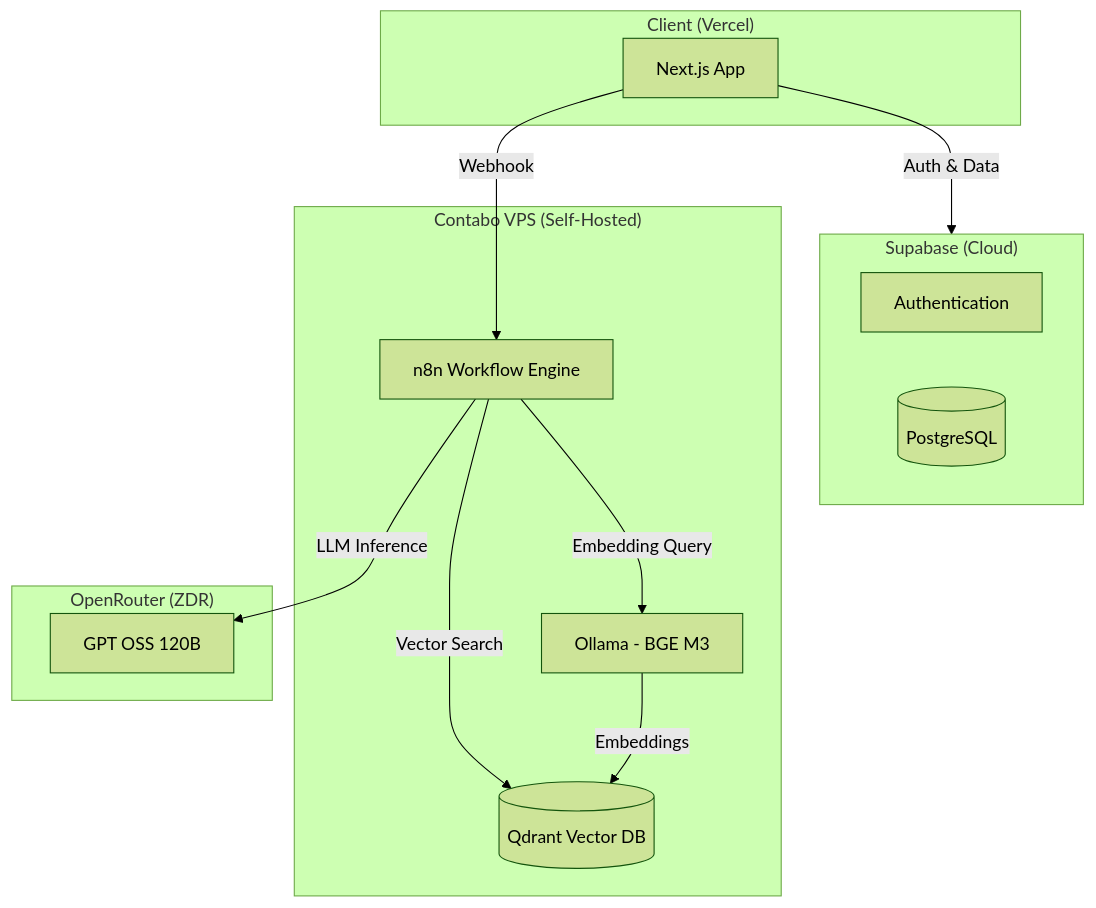
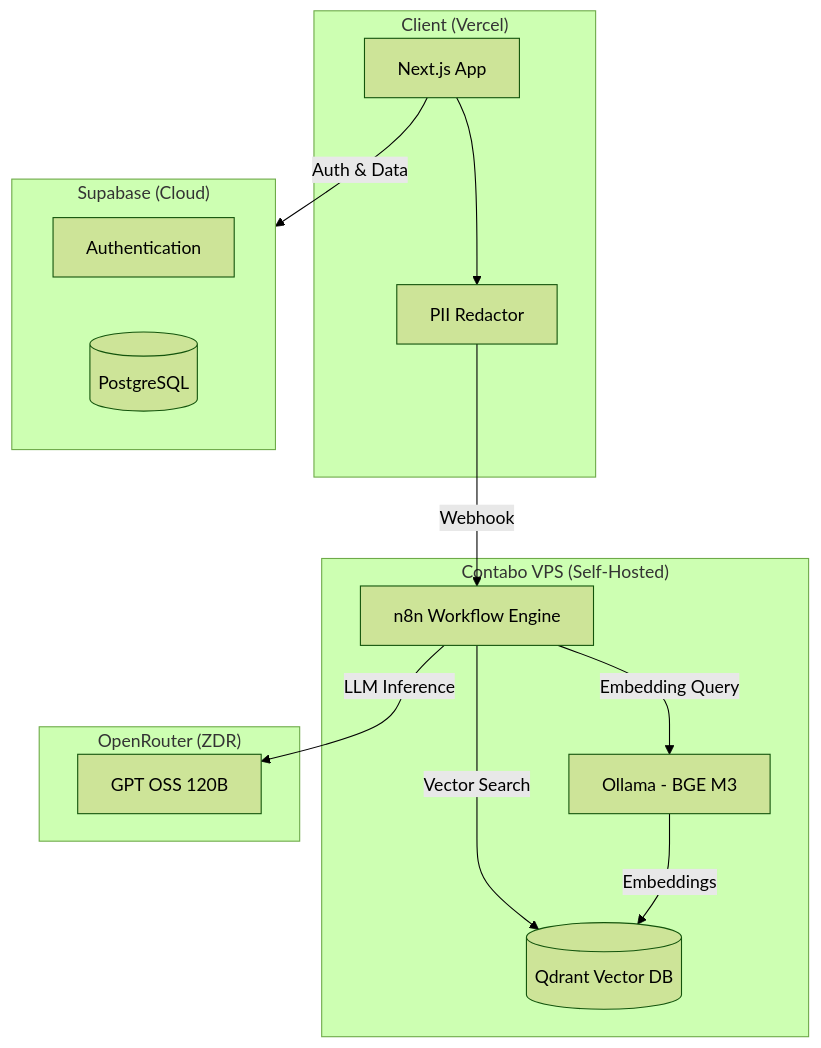
One commit to il1a/bafoeg-bot changed the diagram in README.md. Above: the diagram before and after it, drawn with Mermaid (forest theme). The commit also changed other lines of this file and 3 other files, not shown here.

````diff
--- a/README.md
+++ b/README.md
@@ -44,28 +60,30 @@
 ```mermaid
 flowchart TB
     subgraph Client["Client (Vercel)"]
         UI[Next.js App]
+        PII[PII Redactor]
     end
 
     subgraph Supabase["Supabase (Cloud)"]
         Auth[Authentication]
         DB[(PostgreSQL)]
     end
 
     subgraph Contabo["Contabo VPS (Self-Hosted)"]
         N8N[n8n Workflow Engine]
         Qdrant[(Qdrant Vector DB)]
         Ollama[Ollama - BGE M3]
     end
 
     subgraph OpenRouter["OpenRouter (ZDR)"]
         LLM[GPT OSS 120B]
     end
 
-    UI -->|Webhook| N8N
+    UI --> PII
+    PII -->|Webhook| N8N
     UI -->|Auth & Data| Supabase
     N8N -->|Embedding Query| Ollama
     N8N -->|Vector Search| Qdrant
     N8N -->|LLM Inference| LLM
     Ollama -->|Embeddings| Qdrant
 ```
````
